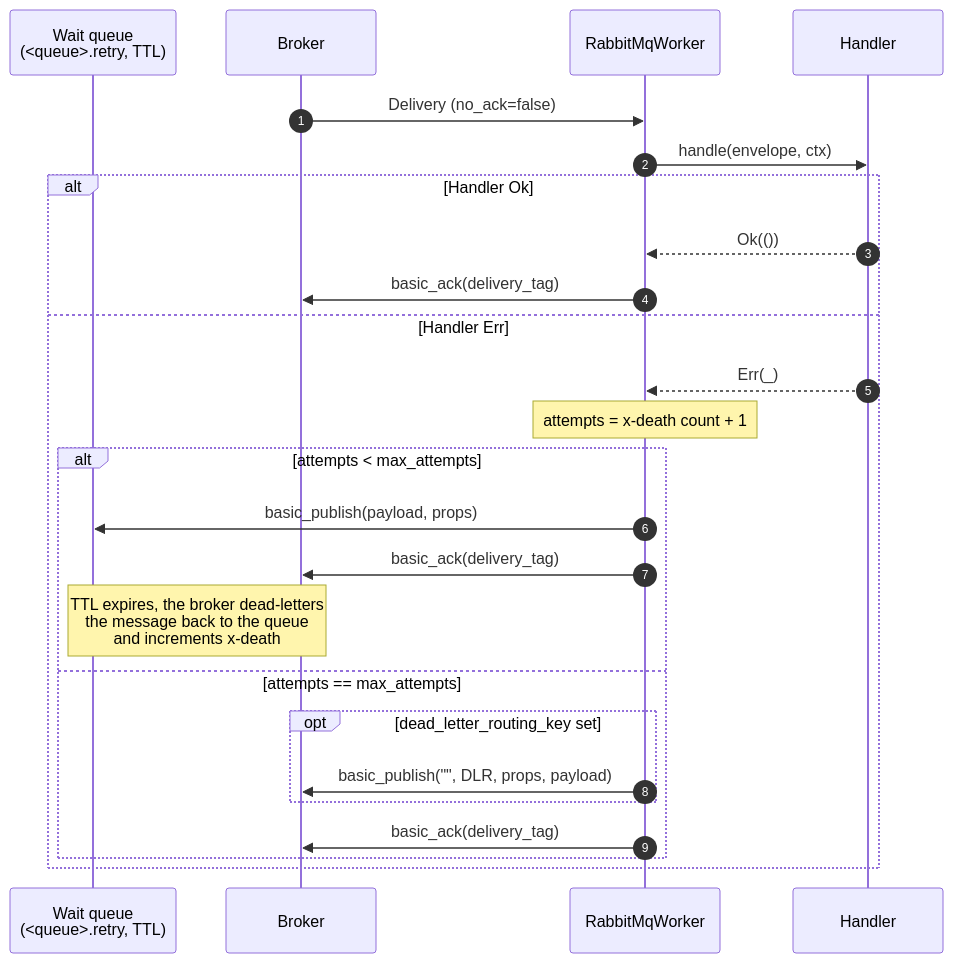
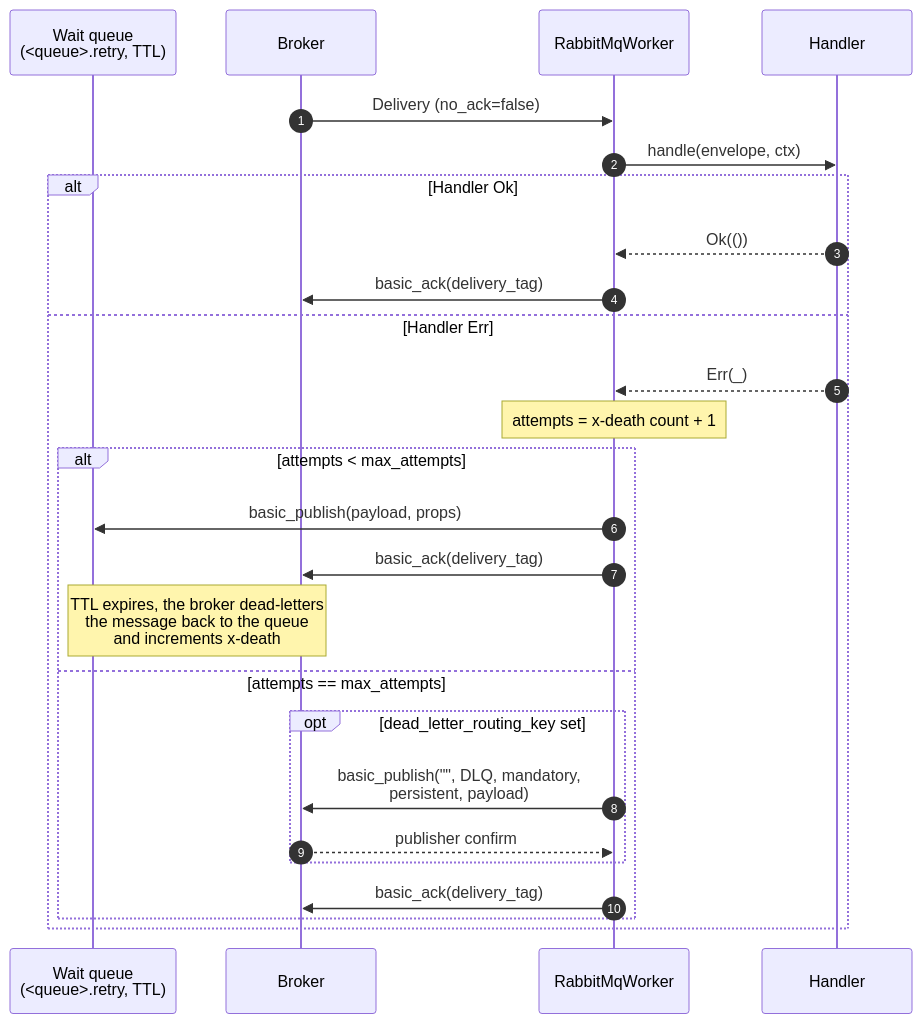
Before and after one commit to nubster-opensources/hexeract: the first of 3 diagrams in docs/concepts/ack-modes.md, drawn with Mermaid. The commit also changed other lines of this file and 2 other files, not shown here.

Commit message:
docs: sync dead-letter pages with the hardened publish path
The retry-policy page claimed that declaring the parked queue by
hand was required; the worker now declares it at startup. The
ack-modes and bus-flow diagrams gain the publisher confirm leg and
the mandatory persistent publish on the exhausted branch.

````diff
--- a/docs/concepts/ack-modes.md
+++ b/docs/concepts/ack-modes.md
@@ -15,29 +15,30 @@
 ```mermaid
 sequenceDiagram
     autonumber
     participant WaitQ as Wait queue<br/>(<queue>.retry, TTL)
     participant Broker
     participant Worker as RabbitMqWorker
     participant Handler
 
     Broker->>Worker: Delivery (no_ack=false)
     Worker->>Handler: handle(envelope, ctx)
 
     alt Handler Ok
         Handler-->>Worker: Ok(())
         Worker->>Broker: basic_ack(delivery_tag)
     else Handler Err
         Handler-->>Worker: Err(_)
         Note over Worker: attempts = x-death count + 1
         alt attempts < max_attempts
             Worker->>WaitQ: basic_publish(payload, props)
             Worker->>Broker: basic_ack(delivery_tag)
             Note over WaitQ,Broker: TTL expires, the broker dead-letters<br/>the message back to the queue<br/>and increments x-death
         else attempts == max_attempts
             opt dead_letter_routing_key set
-                Worker->>Broker: basic_publish("", DLR, props, payload)
+                Worker->>Broker: basic_publish("", DLQ, mandatory,<br/>persistent, payload)
+                Broker-->>Worker: publisher confirm
             end
             Worker->>Broker: basic_ack(delivery_tag)
         end
     end
 ```
````
